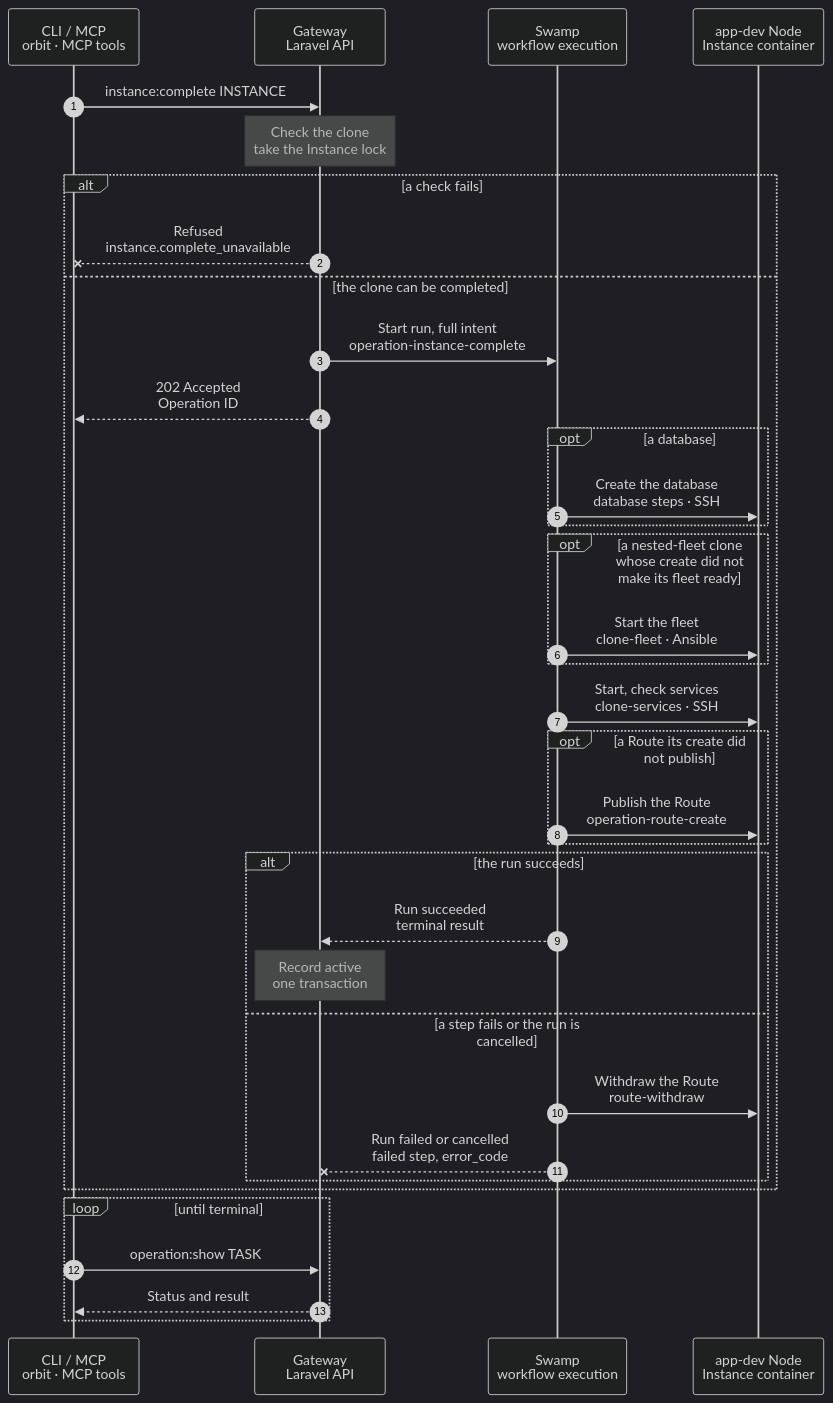
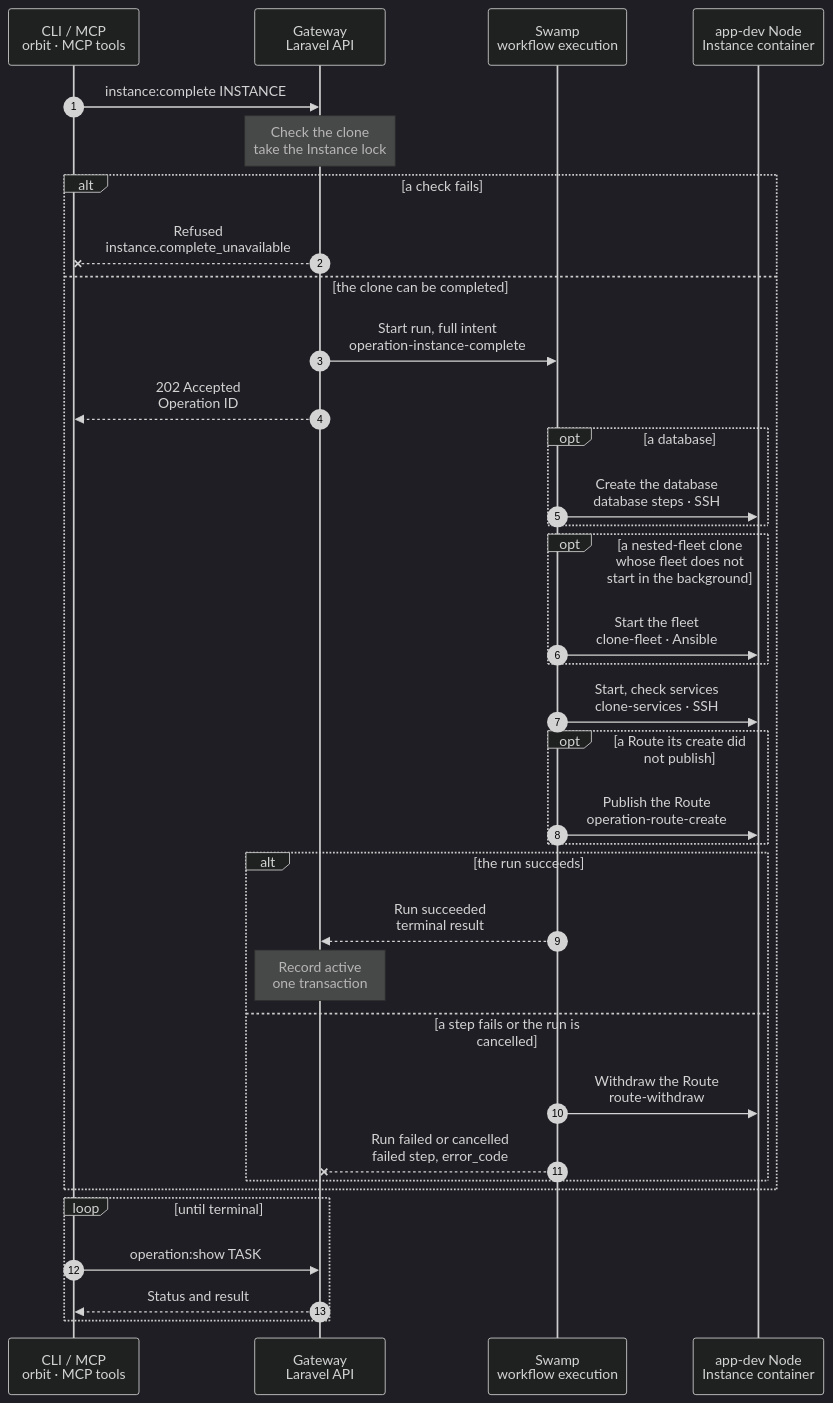
Before and after one commit to hardimpactdev/orbit: the diagram in docs/cli/instance/complete.mmd, drawn with Mermaid (dark theme). The commit also changed 31 other files, not shown here.

First line of the commit message:
Start a nested clone's fleet beside its completion (instance.fleet)

```diff
--- a/docs/cli/instance/complete.mmd
+++ b/docs/cli/instance/complete.mmd
@@ -1,106 +1,106 @@
 sequenceDiagram
   %% Target design (docs/reference/development-containers.md#complete-a-clone and #a-clone-create-is-two-operations): the second Operation of a clone create. It starts the Processes, fills the database, starts a nested fleet, publishes the Route when its create did not, and checks the clone; only its success makes the clone `active`.
   %% Decided by the owner (2026-11-14): the create publishes the address when its Route Nodes are free at admission (container/create.mmd). The completion publishes only a Route that is not published: Nodes held at the create's admission, a publication that failed in the create, or a retry after a failed publication.
   %% status: draft
   %% command: instance:complete
   %% kind: instance.complete
   autonumber
   %% lane CL icon=terminal pill=caller tone=gray
   %% lane GW icon=gateway pill=intent tone=blue
   %% lane SW icon=workflow pill=executes tone=green
   %% lane N icon=server pill=target tone=amber
   participant CL as CLI / MCP<br/>orbit · MCP tools
   participant GW as Gateway<br/>Laravel API
   participant SW as Swamp<br/>workflow execution
   participant N as app-dev Node<br/>Instance container
   CL->>GW: instance:complete INSTANCE
   %%> Command:
   %%> - `orbit instance:complete 42`
   %%> - syntax: `instance:complete <instance> [--json]`
   %%> Callers:
   %%> - the command, to retry after a failed completion
   %%> - the create's terminal projection, in the same transaction that ends the create
   Note over GW: Check the clone<br/>take the Instance lock
   %%> Requirements:
   %%> - a container clone, `source_resolved`, with its starting commit recorded
   %%> - its T3 server is registered
   %%> - no other Operation holds the Instance
   %%> Captures:
   %%> - the create's admitted database plan and Processes
   %%> - a Route whose sites are not published: its publication from the current site catalog, and its serving Nodes held from admission to the end, as Route create does
   %%> - a Route the create published: no publication and no Node hold
   alt a check fails
     %% path: refused
     GW--xCL: Refused<br/>instance.complete_unavailable
     %%> Result:
     %%> - nothing changes; no Operation starts
     %%> - a held Instance lock refuses with `operation.target_busy`
   else the clone can be completed
     %% path: main
     GW->>SW: Start run, full intent<br/>operation-instance-complete
     %%> What it sends:
     %%> - the intent with the launcher program, and one vault copy: the release scripts beside the Process files, one line
     GW-->>CL: 202 Accepted<br/>Operation ID
     opt a database
       SW->>N: Create the database<br/>database steps · SSH
       %%> What it does:
       %%> - the clone's own database on the default's server, then a copy of the default's data; the clone's own Valkey user beside it
       %%> On failure:
       %%> - `failed_step: database`
     end
-    opt a nested-fleet clone whose create did not make its fleet ready
+    opt a nested-fleet clone whose fleet does not start in the background
       SW->>N: Start the fleet<br/>clone-fleet · Ansible
       %%> What it does:
-      %%> - runs only when the create's result has no `fleet_ready`: a Swamp create, or a seed without the tunnel's boot unit
+      %%> - runs only when the create's result has no `fleet_start: background`: a Swamp create, or a seed without the tunnel's boot unit
       %%> - starts the nested containers and waits for Doctor and the three agents
       %%> - runs under `ic-clone-fleet-<node>-<instance id % 64>`, one of 64 names per Node; copies started at once start their fleets side by side, because Swamp fails a step that waits 60 s for a name another run holds
       %%> On failure:
       %%> - `failed_step: fleet` with the fleet phase's code
     end
     SW->>N: Start, check services<br/>clone-services · SSH
     %%> What it does:
     %%> - one dispatch: stages the release scripts from the completion's one copy into this run's own private folder; the create's folder is not read
     %%> - the services: PHP settings, file rights, Process files, web config, the Node store, then the units
     %%> - file rights: root's workspace pass, the same program as a deployment's (swamp/ansible/instance_workspace_owner.py): the group gets back what the owner has, and `agent` gets each entry that `orbit` owns, a link itself and never its target (ADR 0268); a copy of an older seed gets its owner here
     %%> - refuses when the checkout mark names another Instance
     %%> - writes no tracked file: the user's work in the checkout stays as it is
     %%> - then the check: the checkout mark, the agent's Git identity, PHP and every running unit
     %%> On failure:
     %%> - the stage or the services: `failed_step: workspace`
     %%> - a dead unit: `failed_step: check`, `instance.container_process_inactive` with its `process_failure` receipt
     opt a Route its create did not publish
       SW->>N: Publish the Route<br/>operation-route-create
       %%> When:
       %%> - in its own job, beside the container steps from the run's start
       %%> - only when the admission captured the Route: Nodes held at the create's admission, `route_publication: failed`, or a retry after a failed publication
       %%> What it does:
       %%> - the Route create children unchanged: CSR, sign, site, TLS probe
       %%> On failure:
       %%> - `failed_step: route`
     end
     alt the run succeeds
       %% path: completed
       SW-->>GW: Run succeeded<br/>terminal result
       Note over GW: Record active<br/>one transaction
       %%> Result:
       %%> - the Route is `active`, then the Instance `active` with `first_setup_pending` false
       %%> - for a task copy, in the same transaction, its reserved task runs and the task's completion-failure assistance request ends; any other request stays
     else a step fails or the run is cancelled
       %% path: failed
       SW->>N: Withdraw the Route<br/>route-withdraw
       %%> When:
       %%> - only when this run's Route step ran; no half Route stays
       %%> - an address the create published stays up, answering 502, until a retry or `instance:destroy`, which withdraws it; a retry that succeeds keeps it as it is
       SW--xGW: Run failed or cancelled<br/>failed step, error_code
       %%> Result:
       %%> - the Instance stays `source_resolved` with `failed_step` and `error_code`; the container keeps running and T3 keeps its thread
       %%> - `recovery.retry.command` is `instance:complete`; `instance:destroy` removes the clone
       %%> - for a task copy, Orbit keeps the copy: its task stays `reserved` and asks for assistance with this retry
       %%> Retry:
       %%> - the same command runs the whole completion again, with the steps a create retry runs
     end
   end
   loop until terminal
     CL->>GW: operation:show TASK
     GW-->>CL: Status and result
   end
```
